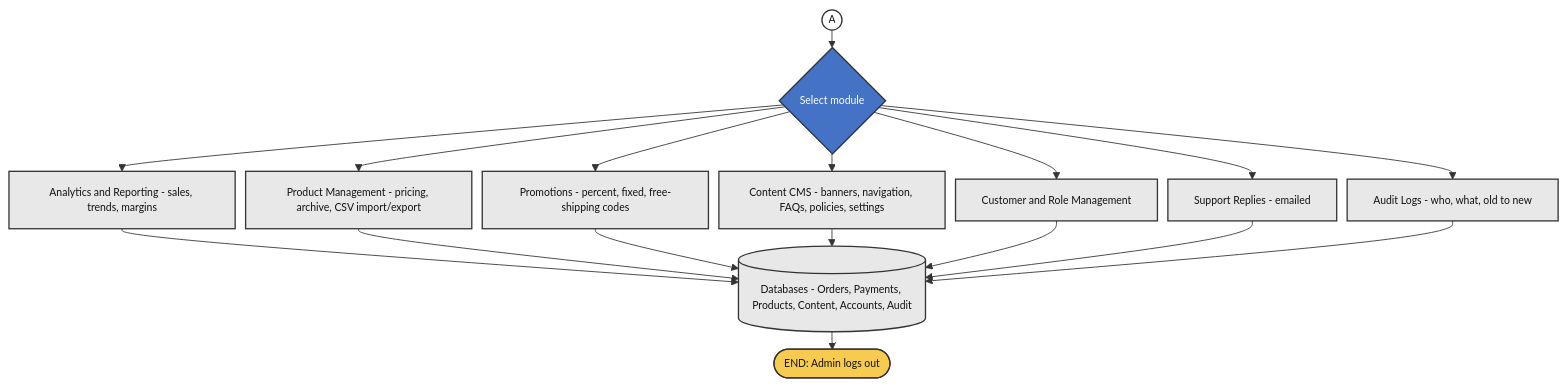
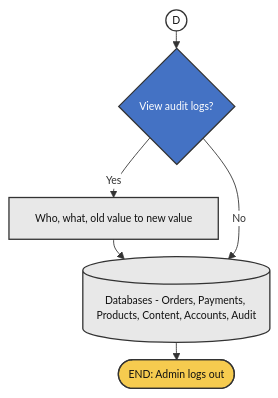
Before and after one commit to banderitax5/whiskers-prototype: diagram 12 of 12 in docs/system-flowcharts.md, drawn with Mermaid. The commit also changed other lines of this file, not shown here.

Commit message:
docs: flowcharts - decision cascades, max 2 flowlines per symbol (staff 3 cols, admin 5 cols)

````diff
--- a/docs/system-flowcharts.md
+++ b/docs/system-flowcharts.md
@@ -193,30 +272,19 @@
 ```mermaid
-%%{init: {"flowchart": {"nodeSpacing": 12, "rankSpacing": 20}, "themeVariables": {"fontSize": "12px"}}}%%
+%%{init: {"flowchart": {"nodeSpacing": 12, "rankSpacing": 20}, "themeVariables": {"fontSize": "12px", "edgeLabelBackground": "#FFFFFF"}}}%%
 flowchart TD
-    KA2(("A")) --> M{"Select module"}
-    M --> AN["Analytics and Reporting - sales, trends, margins"]
-    M --> PD["Product Management - pricing, archive, CSV import/export"]
-    M --> PR["Promotions - percent, fixed, free-shipping codes"]
-    M --> CS["Content CMS - banners, navigation, FAQs, policies, settings"]
-    M --> CR["Customer and Role Management"]
-    M --> SR["Support Replies - emailed"]
-    M --> AL["Audit Logs - who, what, old to new"]
-    AN --> DB[("Databases - Orders, Payments, Products, Content, Accounts, Audit")]
-    PD --> DB
-    PR --> DB
-    CS --> DB
-    CR --> DB
-    SR --> DB
+    KD2(("D")) --> M7{"View audit logs?"}
+    M7 -- Yes --> AL["Who, what, old value to new value"]
     AL --> DB
+    M7 -- No --> DB[("Databases - Orders, Payments, Products, Content, Accounts, Audit")]
     DB --> E(["END: Admin logs out"])
     classDef term fill:#F6CB4F,stroke:#333333,stroke-width:1.5px,color:#111111
     classDef proc fill:#E8E8E8,stroke:#333333,stroke-width:1.5px,color:#111111
     classDef dec fill:#4472C4,stroke:#333333,stroke-width:1.5px,color:#FFFFFF
     classDef db fill:#E8E8E8,stroke:#333333,stroke-width:1.5px,color:#111111
     classDef conn fill:#FFFFFF,stroke:#333333,stroke-width:1.5px,color:#111111
-    class M dec
-    class AN,PD,PR,CS,CR,SR,AL proc
+    class M7 dec
+    class AL proc
     class DB db
     class E term
-    class KA2 conn
+    class KD2 conn
 ```
````
